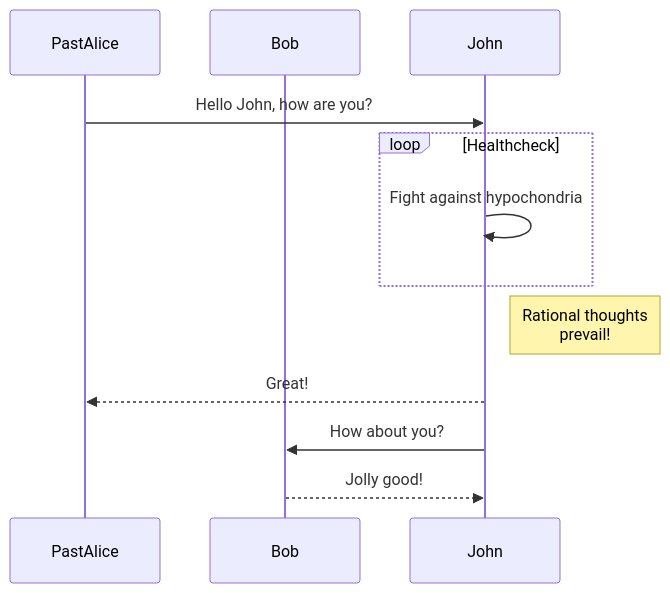
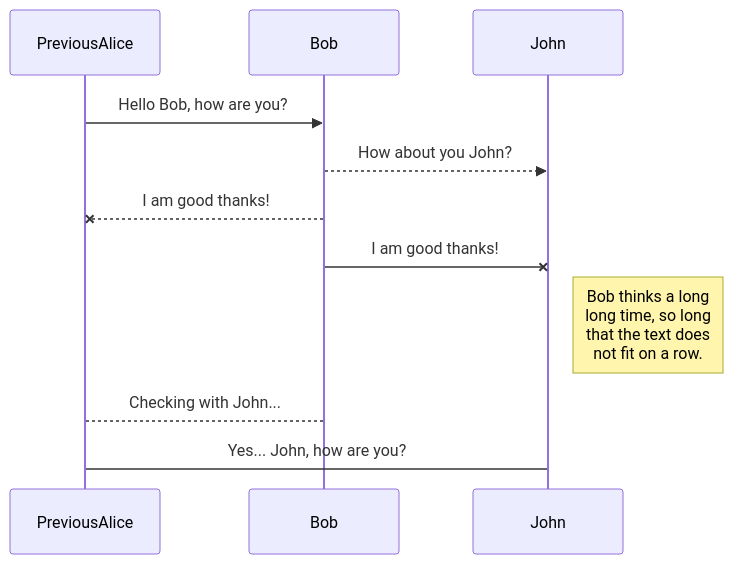
The diagram in diagramPast.mmd (TakesTheBiscuit/BiscuitCareer), drawn with Mermaid before and after one commit. The commit also changed 1 other file, not shown here.

Commit message:
Simplify diagram ready for development

```diff
--- a/diagramPast.mmd
+++ b/diagramPast.mmd
@@ -1,11 +1,9 @@
 sequenceDiagram
-participant PastAlice
-participant Bob
-PastAlice->>John: Hello John, how are you?
-loop Healthcheck
-John->>John: Fight against hypochondria
-end
-Note right of John: Rational thoughts <br/>prevail!
-John-->>PastAlice: Great!
-John->>Bob: How about you?
-Bob-->>John: Jolly good!
+    PreviousAlice ->> Bob: Hello Bob, how are you?
+    Bob-->>John: How about you John?
+    Bob--x PreviousAlice: I am good thanks!
+    Bob-x John: I am good thanks!
+    Note right of John: Bob thinks a long<br/>long time, so long<br/>that the text does<br/>not fit on a row.
+
+    Bob-->PreviousAlice: Checking with John...
+    PreviousAlice->John: Yes... John, how are you?
```
